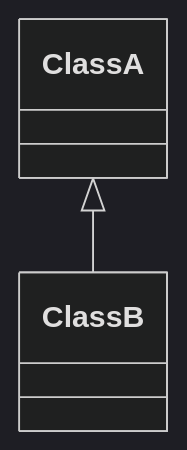
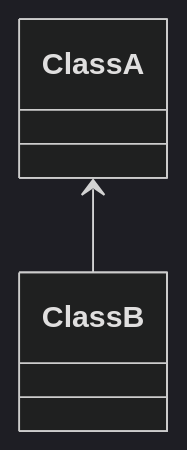
The first of 3 diagrams in OOP - UML.md (8bitdev256/howto), drawn with Mermaid (dark theme) before and after one commit. The commit also changed other lines of this file, not shown here.

Commit message:
FEAT: Update OOP - UML.md

````diff
--- a/OOP - UML.md
+++ b/OOP - UML.md
@@ -9,12 +9,12 @@
 ```mermaid
 classDiagram
     class ClassA {
 
     }
 
     class ClassB {
 
     }
 
-    ClassA <|-- ClassB
+    ClassA <-- ClassB
 ```
````
